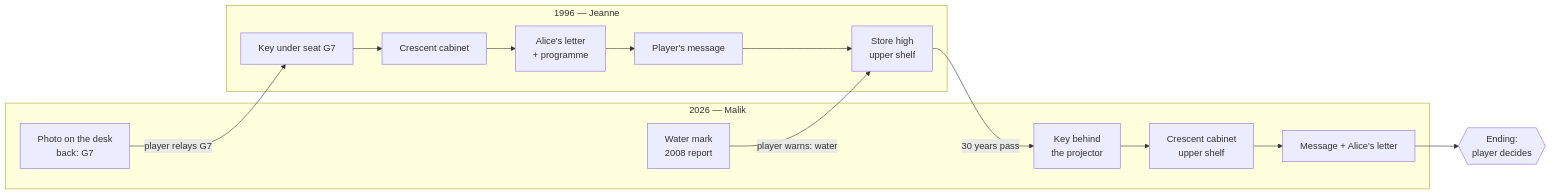
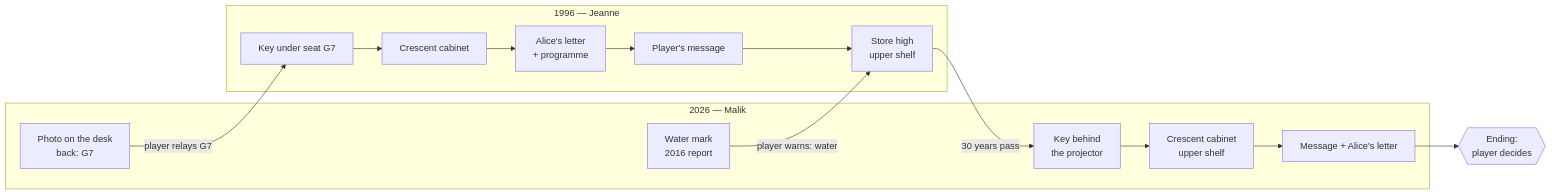
The first of 4 diagrams in docs/GAME_LOGIC.md (rezakalfane/afterimage), drawn with Mermaid before and after one commit. The commit also changed other lines of this file and 14 other files, not shown here.

````diff
--- a/docs/GAME_LOGIC.md
+++ b/docs/GAME_LOGIC.md
@@ -16,20 +16,20 @@
 ```mermaid
 flowchart LR
   subgraph Y2026["2026 — Malik"]
     P[Photo on the desk<br/>back: G7]
-    W[Water mark<br/>2008 report]
+    W[Water mark<br/>2016 report]
     FK[Key behind<br/>the projector]
     C26[Crescent cabinet<br/>upper shelf]
     M[Message + Alice's letter]
   end
   subgraph Y1996["1996 — Jeanne"]
     K[Key under seat G7]
     C96[Crescent cabinet]
     L[Alice's letter<br/>+ programme]
     MSG[Player's message]
     S[Store high<br/>upper shelf]
   end
   P -- "player relays G7" --> K --> C96 --> L --> MSG --> S
   W -- "player warns: water" --> S
   S -- "30 years pass" --> FK --> C26 --> M --> E{{Ending:<br/>player decides}}
 ```
````
